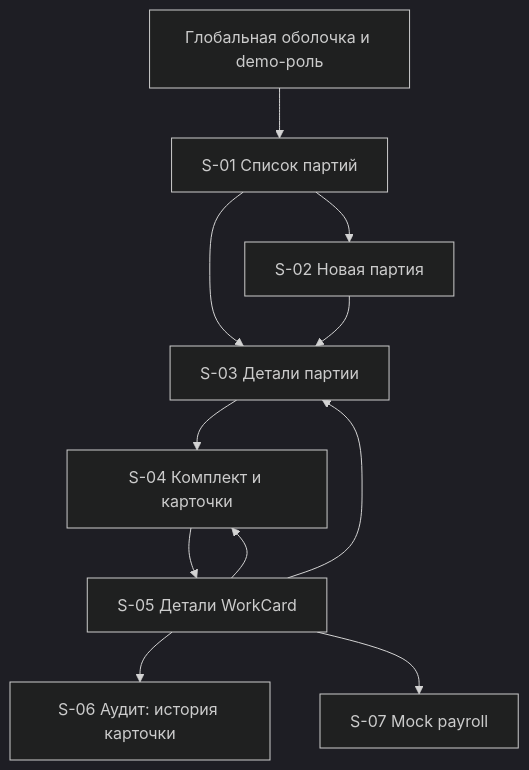
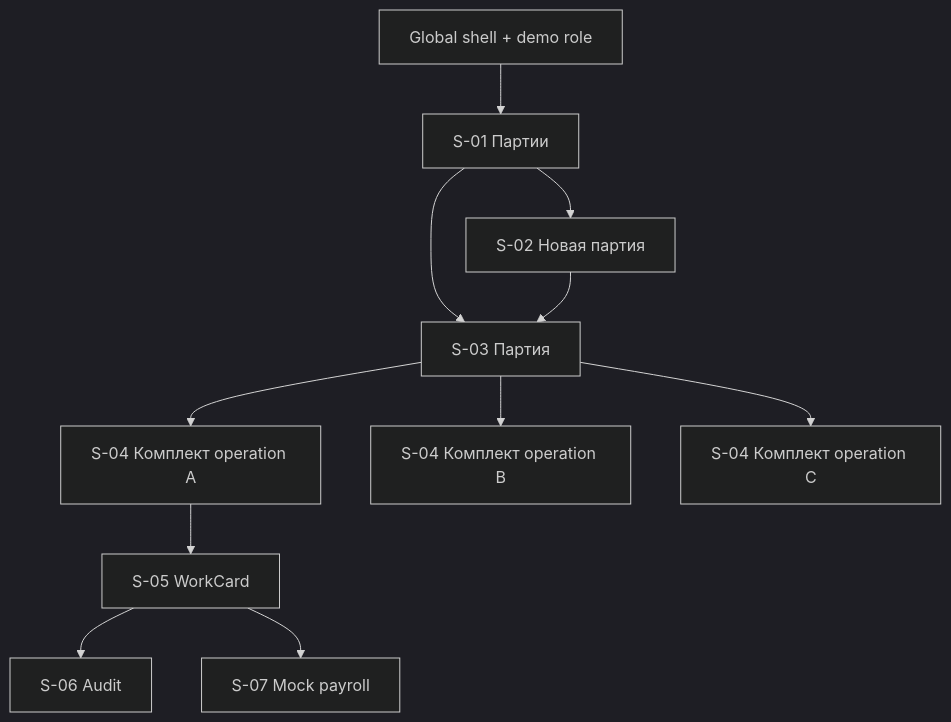
One commit to AI-shoks/WorkCard-Lifecycle changed the diagram in WorkCard-Lifecycle/docs/ux/screen-map.md. Above: the diagram before and after it, drawn with Mermaid (dark theme). The commit also changed other lines of this file and 29 other files, not shown here.

````diff
--- a/WorkCard-Lifecycle/docs/ux/screen-map.md
+++ b/WorkCard-Lifecycle/docs/ux/screen-map.md
@@ -50,13 +43,13 @@
 ```mermaid
 flowchart TD
-    shell["Глобальная оболочка и demo-роль"] --> batches["S-01 Список партий"]
+    shell["Global shell + demo role"] --> batches["S-01 Партии"]
     batches --> create["S-02 Новая партия"]
-    batches --> batch["S-03 Детали партии"]
+    batches --> batch["S-03 Партия"]
     create --> batch
-    batch --> set["S-04 Комплект и карточки"]
-    set --> card["S-05 Детали WorkCard"]
-    card --> set
-    card --> batch
-    card --> history["S-06 Аудит: история карточки"]
+    batch --> setA["S-04 Комплект operation A"]
+    batch --> setB["S-04 Комплект operation B"]
+    batch --> setC["S-04 Комплект operation C"]
+    setA --> card["S-05 WorkCard"]
+    card --> history["S-06 Audit"]
     card --> payroll["S-07 Mock payroll"]
 ```
````
